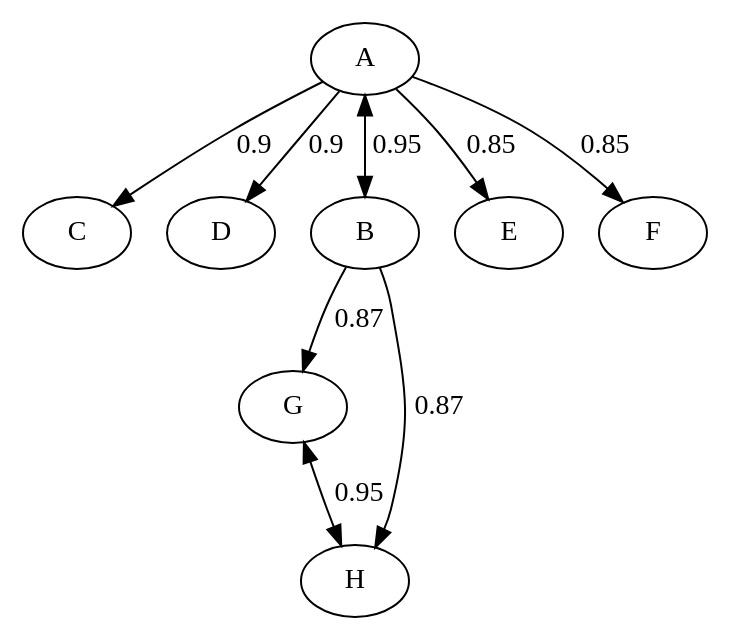
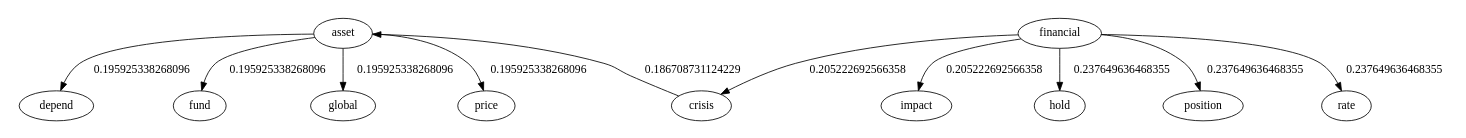
Before and after one commit to Achikumarasinghe/research: the diagram in Igraph.dot, drawn with Graphviz. The commit also changed 6 other files, not shown here.

```diff
--- a/Igraph.dot
+++ b/Igraph.dot
@@ -1,10 +1,13 @@
 digraph family {
 	size="10,10";
-A->C[len=1.8,label=0.9];
-A->D[len=1.8,label=0.9];
-B->G[len=1.89,label=0.87];
-B->H[len=1.89,label=0.87];
-A->B[len=1.65,label=0.95,dir=both];
-G->H[len=1.65,label=0.95,dir=both];
-A->E[len=1.95,label=0.85]; A->F[len=1.95,label=0.85];
+asset->crisis[len=3.93987380662731,label=0.186708731124229,dir=back];
+asset->depend[len=3.91222398519571,label=0.195925338268096];
+asset->fund[len=3.91222398519571,label=0.195925338268096];
+asset->global[len=3.91222398519571,label=0.195925338268096];
+asset->price[len=3.91222398519571,label=0.195925338268096];
+financial->crisis[len=3.88433192230093,label=0.205222692566358];
+financial->impact[len=3.88433192230093,label=0.205222692566358];
+financial->hold[len=3.78705109059493,label=0.237649636468355];
+financial->position[len=3.78705109059493,label=0.237649636468355];
+financial->rate[len=3.78705109059493,label=0.237649636468355];
 }
```
